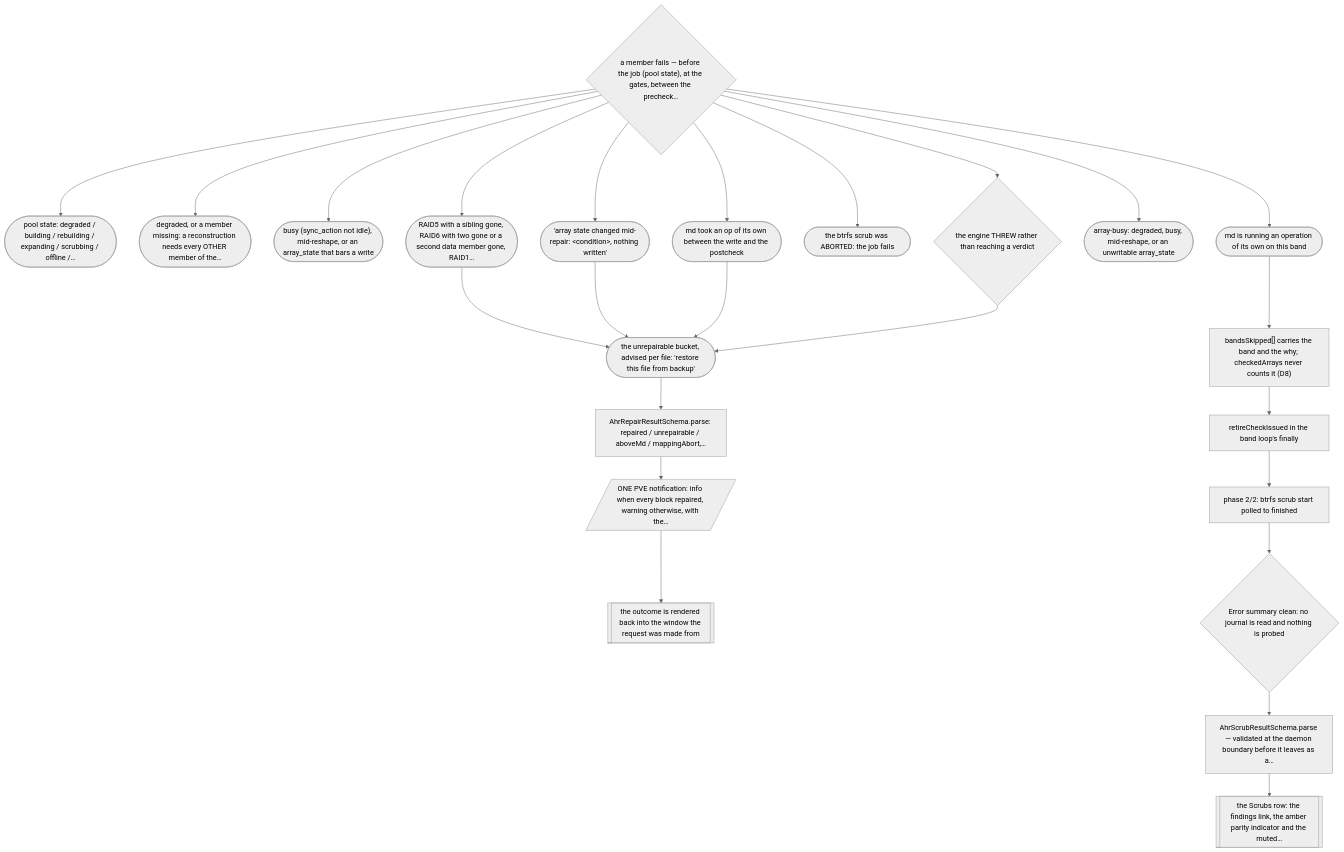
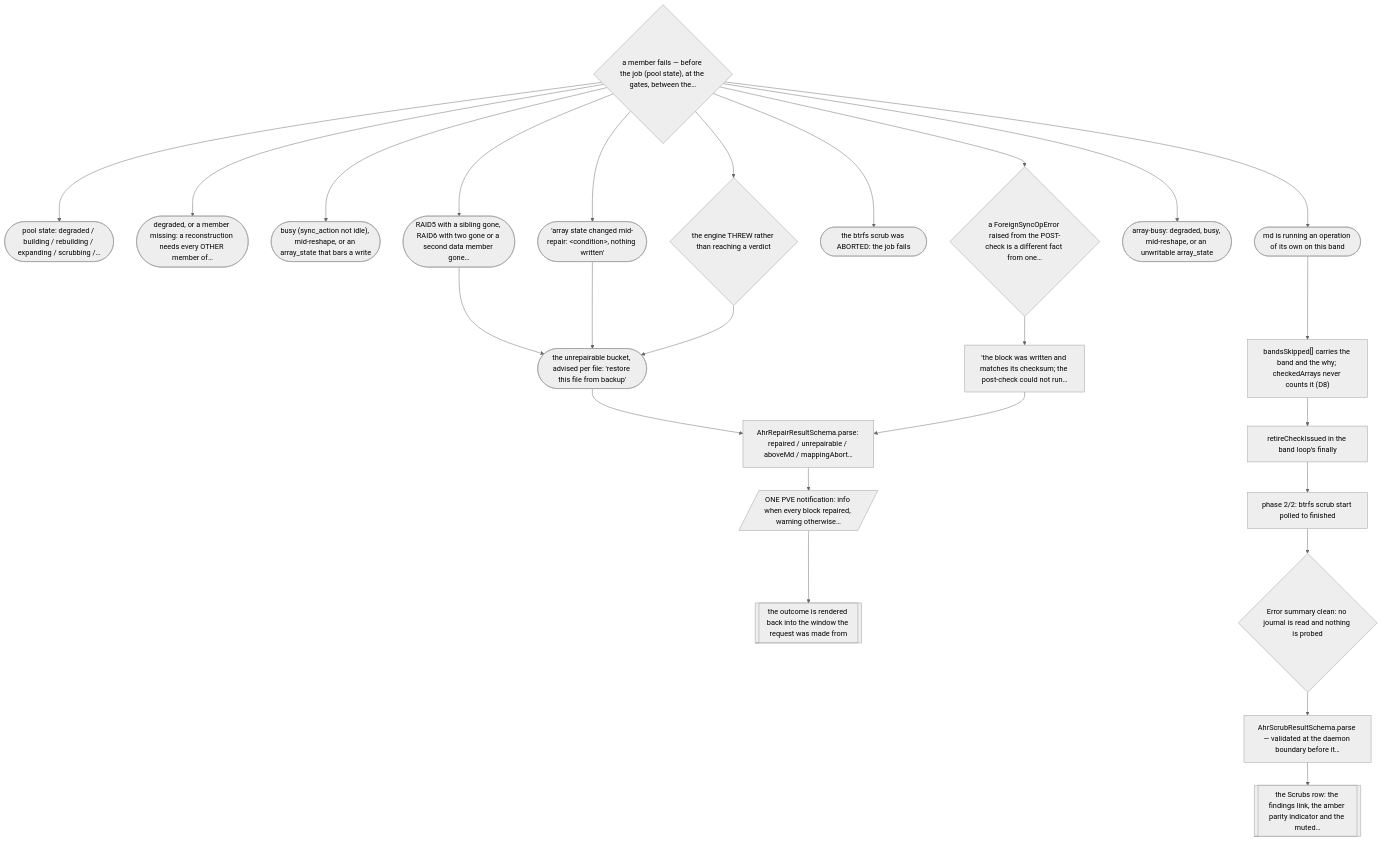
The tenth of 24 diagrams in docs/AHR-SELF-HEAL-DECISION-TREE.md (devn-ch/anas), drawn with Mermaid (neutral theme) before and after one commit. The commit also changed other lines of this file and 22 other files, not shown here.

````diff
--- a/docs/AHR-SELF-HEAL-DECISION-TREE.md
+++ b/docs/AHR-SELF-HEAL-DECISION-TREE.md
@@ -931,47 +1003,49 @@
 ```mermaid
 flowchart TD
-  X10{"a member fails — before the job (pool state), at the gates, between the precheck…"}
-  RT02(["pool state: degraded / building / rebuilding / expanding / scrubbing / offline /…"])
-  E01a(["degraded, or a member missing: a reconstruction needs every OTHER member of the…"])
+  X10{"a member fails — before the job (pool state), at the gates, between the…"}
+  RT02(["pool state: degraded / building / rebuilding / expanding / scrubbing /…"])
+  E01a(["degraded, or a member missing: a reconstruction needs every OTHER member of…"])
   E01b(["busy (sync_action not idle), mid-reshape, or an array_state that bars a write"])
-  E07a(["RAID5 with a sibling gone, RAID6 with two gone or a second data member gone, RAID1…"])
+  E07a(["RAID5 with a sibling gone, RAID6 with two gone or a second data member gone…"])
   E10a(["'array state changed mid-repair: &lt;condition&gt;, nothing written'"])
-  E12b(["md took an op of its own between the write and the postcheck"])
+  E12b{"a ForeignSyncOpError raised from the POST-check is a different fact from one…"}
   S41(["the btrfs scrub was ABORTED: the job fails"])
   S05(["md is running an operation of its own on this band"])
   P03b(["array-busy: degraded, busy, mid-reshape, or an unwritable array_state"])
   J31{"the engine THREW rather than reaching a verdict"}
   J40(["the unrepairable bucket, advised per file: 'restore this file from backup'"])
+  J53["'the block was written and matches its checksum; the post-check could not run…"]
   S30["bandsSkipped[] carries the band and the why; checkedArrays never counts it (D8)"]
-  J50["AhrRepairResultSchema.parse: repaired / unrepairable / aboveMd / mappingAbort,…"]
+  J50["AhrRepairResultSchema.parse: repaired / unrepairable / aboveMd / mappingAbort…"]
   S31["retireCheckIssued in the band loop's finally"]
-  J51[/"ONE PVE notification: info when every block repaired, warning otherwise, with the…"/]
+  J51[/"ONE PVE notification: info when every block repaired, warning otherwise…"/]
   S40["phase 2/2: btrfs scrub start polled to finished"]
   J52[["the outcome is rendered back into the window the request was made from"]]
   S42{"Error summary clean: no journal is read and nothing is probed"}
-  S60["AhrScrubResultSchema.parse — validated at the daemon boundary before it leaves as a…"]
+  S60["AhrScrubResultSchema.parse — validated at the daemon boundary before it…"]
   S64[["the Scrubs row: the findings link, the amber parity indicator and the muted…"]]
   X10 --> RT02
   X10 --> E01a
   X10 --> E01b
   X10 --> E07a
   X10 --> E10a
   X10 --> E12b
   X10 --> S41
   X10 --> S05
   X10 --> P03b
   X10 --> J31
   E07a --> J40
   E10a --> J40
-  E12b --> J40
+  E12b --> J53
   S05 --> S30
   J31 --> J40
   J40 --> J50
+  J53 --> J50
   S30 --> S31
   J50 --> J51
   S31 --> S40
   J51 --> J52
   S40 --> S42
   S42 --> S60
   S60 --> S64
 ```
````
